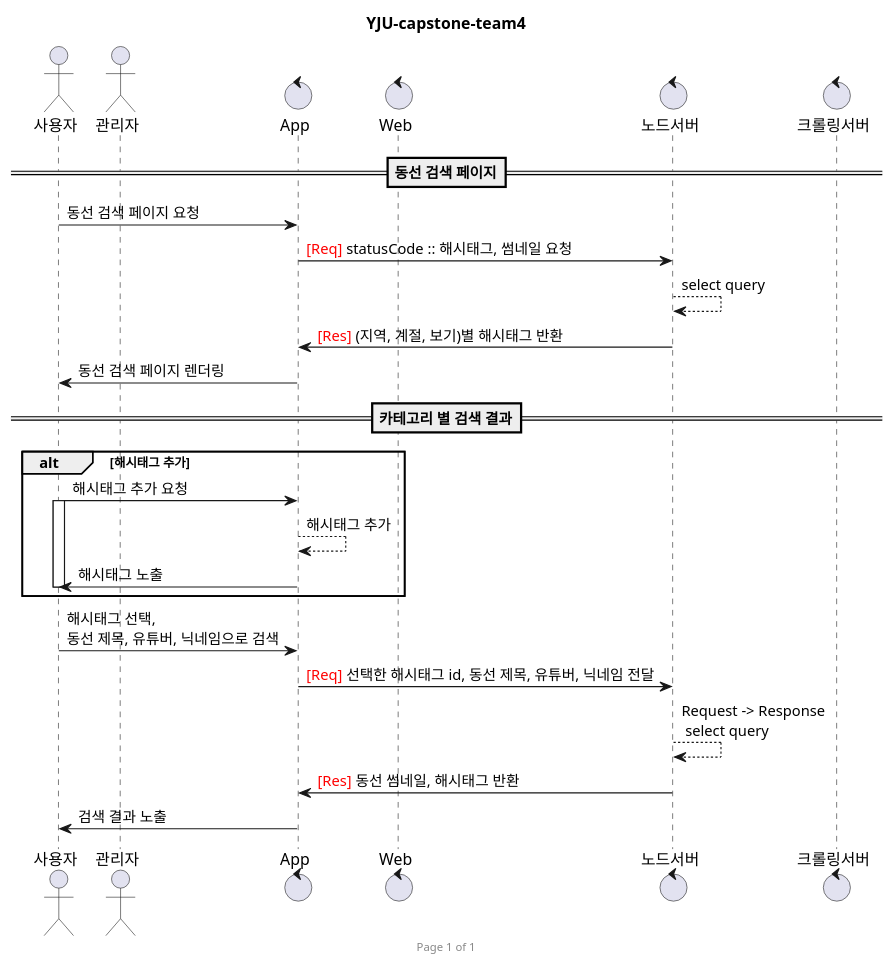
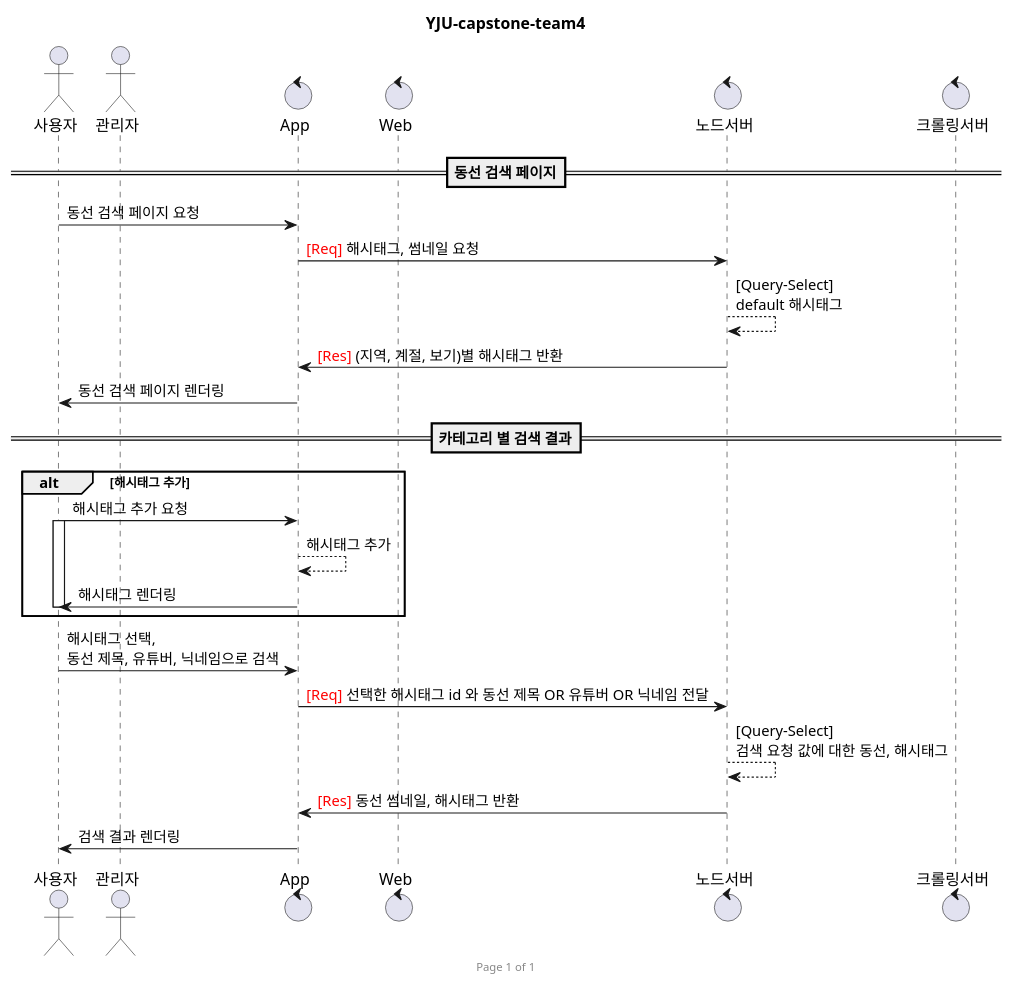
One commit to Samsam-lee/React.js-project-AdminWeb changed the diagram in search_course.wsd. Above: the diagram before and after it, drawn with PlantUML. The commit also changed 3 other files, not shown here.

```diff
--- a/search_course.wsd
+++ b/search_course.wsd
@@ -1,38 +1,38 @@
 @startuml
 
 title YJU-capstone-team4
 footer Page %page% of %lastpage%
 
 actor 사용자 as User
 actor 관리자 as Admin
 
 control App
 control Web
 control 노드서버 as Node
 control 크롤링서버 as Lamda
 
 ==동선 검색 페이지==
 User -> App : 동선 검색 페이지 요청
-    App -> Node : <font color=red>[Req]</font> statusCode :: 해시태그, 썸네일 요청
-    Node --> Node : select query
+    App -> Node : <font color=red>[Req]</font> 해시태그, 썸네일 요청
+    Node --> Node : [Query-Select]\ndefault 해시태그
     Node -> App : <font color=red>[Res]</font> (지역, 계절, 보기)별 해시태그 반환
 App -> User : 동선 검색 페이지 렌더링
 
 
 ==카테고리 별 검색 결과==
 alt 해시태그 추가
     User -> App : 해시태그 추가 요청
 activate User
     App --> App : 해시태그 추가
-    App -> User : 해시태그 노출
+    App -> User : 해시태그 렌더링
 deactivate User
 end
 
 
 User -> App : 해시태그 선택,\n동선 제목, 유튜버, 닉네임으로 검색
-    App -> Node : <font color=red>[Req]</font> 선택한 해시태그 id, 동선 제목, 유튜버, 닉네임 전달
-    Node --> Node : Request -> Response \n select query
+    App -> Node : <font color=red>[Req]</font> 선택한 해시태그 id 와 동선 제목 OR 유튜버 OR 닉네임 전달
+    Node --> Node : [Query-Select]\n검색 요청 값에 대한 동선, 해시태그
     Node -> App : <font color=red>[Res]</font> 동선 썸네일, 해시태그 반환
-App -> User : 검색 결과 노출
+App -> User : 검색 결과 렌더링
 
 @enduml
```
